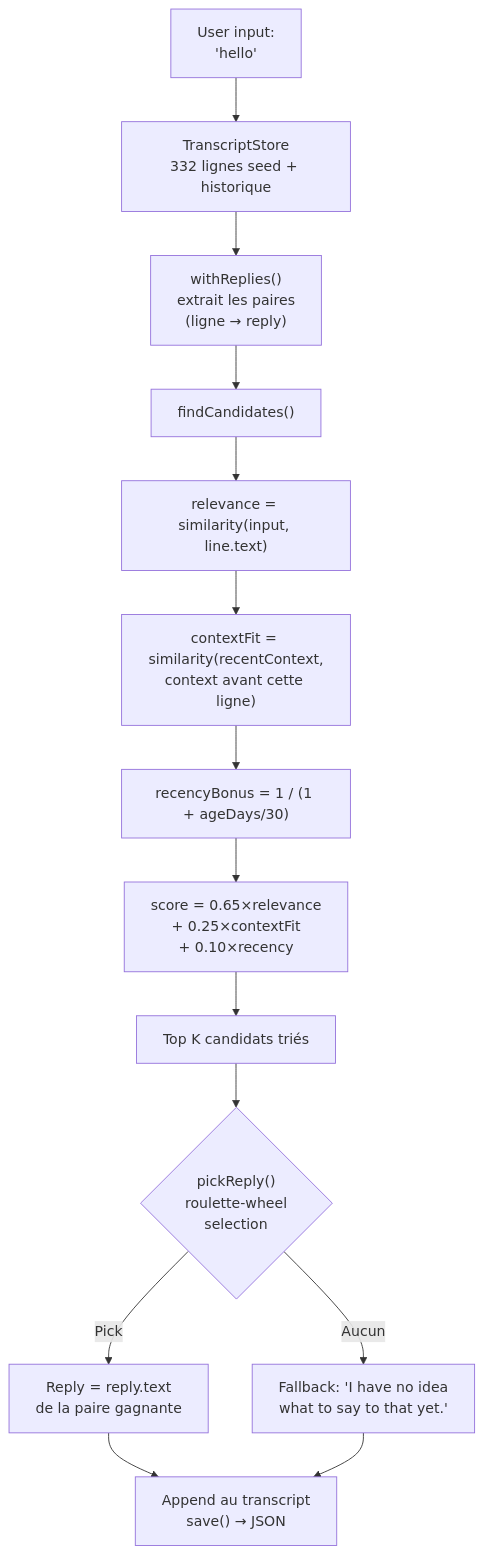
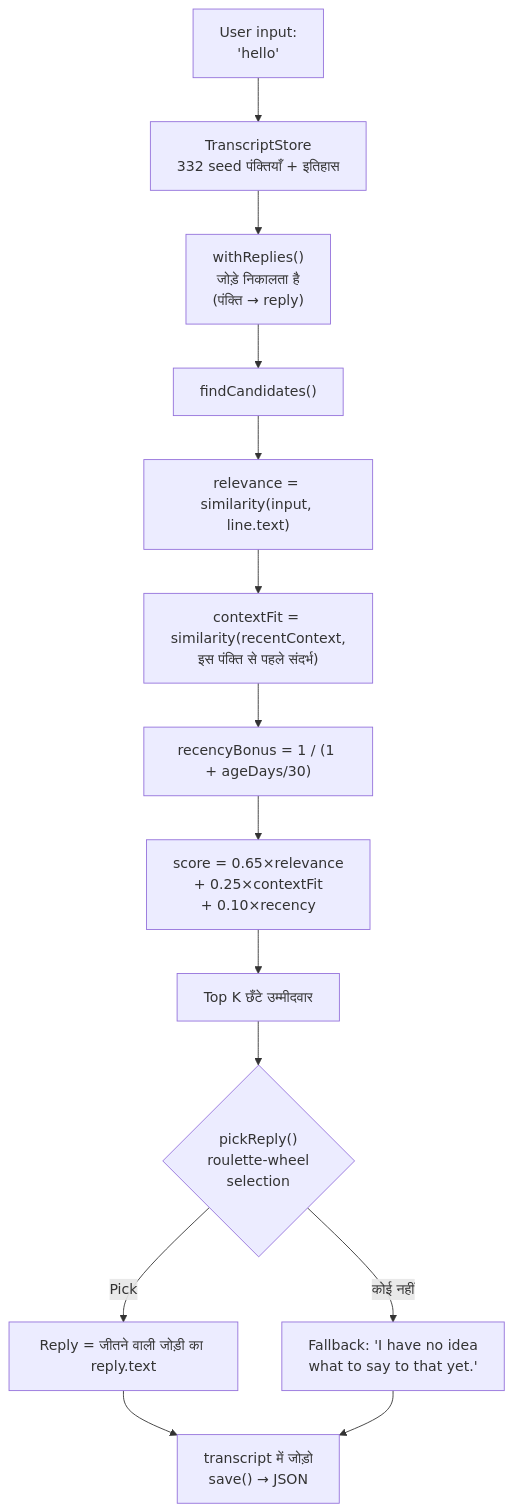
One commit to fox3000foxy/fox3000foxy.github.io changed the second of 2 diagrams in public/articles/hi/from-eliza-to-llm-chatbots-typescript.md. Above: the diagram before and after it, drawn with Mermaid. The commit also changed other lines of this file and 576 other files, not shown here.

````diff
--- a/public/articles/hi/from-eliza-to-llm-chatbots-typescript.md
+++ b/public/articles/hi/from-eliza-to-llm-chatbots-typescript.md
@@ -308,16 +307,16 @@
 ```mermaid
 flowchart TD
-    A["User input:<br>'hello'"] --> B["TranscriptStore<br>332 lignes seed + historique"]
-    B --> C["withReplies()<br>extrait les paires<br>(ligne → reply)"]
+    A["User input:<br>'hello'"] --> B["TranscriptStore<br>332 seed पंक्तियाँ + इतिहास"]
+    B --> C["withReplies()<br>जोड़े निकालता है<br>(पंक्ति → reply)"]
     C --> D["findCandidates()"]
     D --> E["relevance = similarity(input, line.text)"]
-    E --> F["contextFit = similarity(recentContext,<br>context avant cette ligne)"]
+    E --> F["contextFit = similarity(recentContext,<br>इस पंक्ति से पहले संदर्भ)"]
     F --> G["recencyBonus = 1 / (1 + ageDays/30)"]
     G --> H["score = 0.65×relevance<br>+ 0.25×contextFit<br>+ 0.10×recency"]
-    H --> I["Top K candidats triés"]
+    H --> I["Top K छँटे उम्मीदवार"]
     I --> J{"pickReply()<br>roulette-wheel<br>selection"}
-    J -->|"Pick"| K["Reply = reply.text<br>de la paire gagnante"]
-    J -->|"Aucun"| L["Fallback: 'I have no idea<br>what to say to that yet.'"]
-    K --> M["Append au transcript<br>save() → JSON"]
+    J -->|"Pick"| K["Reply = जीतने वाली जोड़ी का reply.text"]
+    J -->|"कोई नहीं"| L["Fallback: 'I have no idea<br>what to say to that yet.'"]
+    K --> M["transcript में जोड़ो<br>save() → JSON"]
     L --> M
 ```
````
